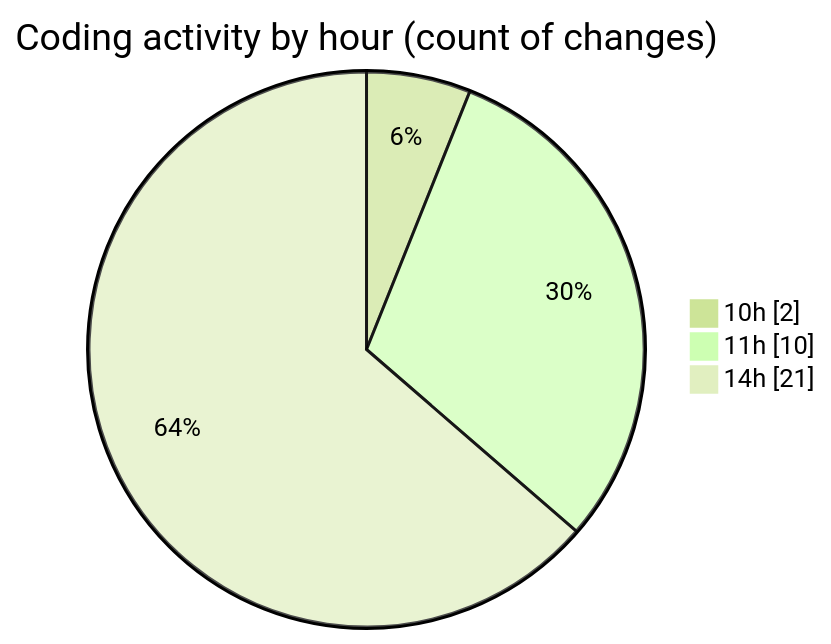
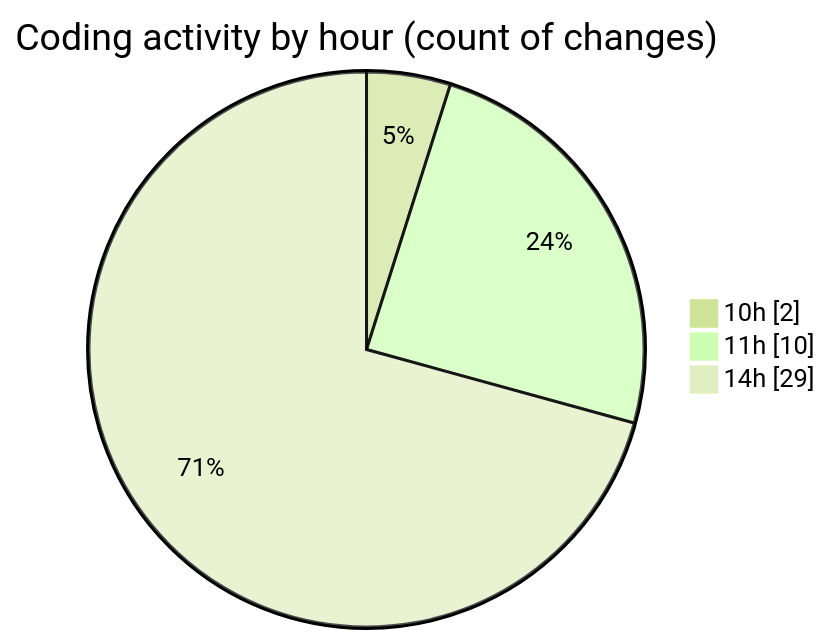
The second of 2 diagrams in 2025-06-02/studio-backend/README.md (idhammustaqopulfikri/code-tracking), drawn with Mermaid (forest theme) before and after one commit. The commit also changed other lines of this file and 1 other file, not shown here.

````diff
--- a/2025-06-02/studio-backend/README.md
+++ b/2025-06-02/studio-backend/README.md
@@ -38,7 +40,7 @@
 ```mermaid
 pie showData
 title Coding activity by hour (count of changes)
 "10h" : 2
 "11h" : 10
-"14h" : 21
+"14h" : 29
 ```
````
